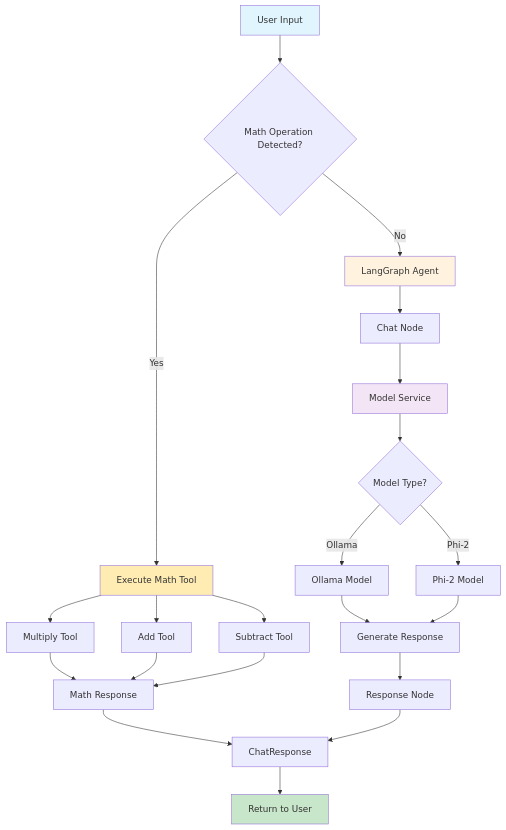
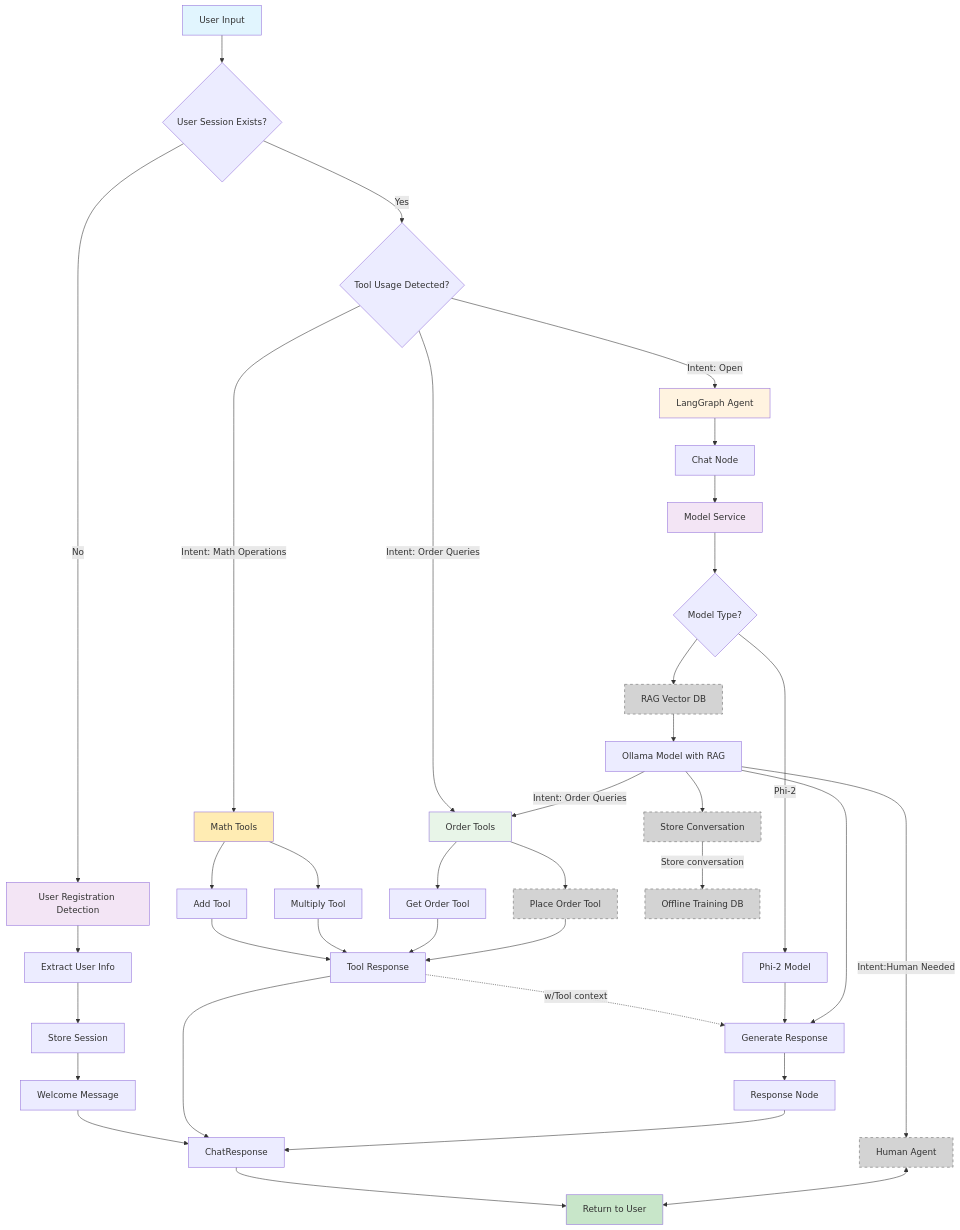
The first of 3 diagrams in common/workflow_complete_flow.md (ts-cds-group-5/IISc-CapstoneProject-Repo), drawn with Mermaid before and after one commit. The commit also changed other lines of this file and 2 other files, not shown here.

````diff
--- a/common/workflow_complete_flow.md
+++ b/common/workflow_complete_flow.md
@@ -5,33 +5,61 @@
 ```mermaid
 graph TD
-    A[User Input] --> B{Math Operation Detected?}
-    B -->|Yes| C[Execute Math Tool]
-    B -->|No| D[LangGraph Agent]
+    A[User Input] --> B{User Session Exists?}
+    B -->|No| C[User Registration Detection]
+    B -->|Yes| D{Tool Usage Detected?}
     
-    C --> C1[Multiply Tool]
-    C --> C2[Add Tool] 
-    C --> C3[Subtract Tool]
+    C --> C1[Extract User Info]
+    C1 --> C2[Store Session]
+    C2 --> C3[Welcome Message]
     
-    C1 --> E[Math Response]
-    C2 --> E
-    C3 --> E
+    D -->|Intent: Math Operations| E[Math Tools]
+    D -->|Intent: Order Queries| F[Order Tools]
+    D -->|Intent: Open| G[LangGraph Agent]
     
-    D --> D1[Chat Node]
-    D1 --> D2[Model Service]
-    D2 --> D3{Model Type?}
-    D3 -->|Ollama| D4[Ollama Model]
-    D3 -->|Phi-2| D5[Phi-2 Model]
-    D4 --> D6[Generate Response]
-    D5 --> D6
-    D6 --> D7[Response Node]
+    E --> E1[Add Tool]
+    E --> E2[Multiply Tool]
     
-    E --> F[ChatResponse]
-    D7 --> F
-    F --> G[Return to User]
+    F --> F1[Get Order Tool]
+    F --> F2[Place Order Tool]
+    
+    E1 --> H[Tool Response]
+    E2 --> H
+    F1 --> H
+    F2 --> H
+    H -.->|w/Tool context| G7[Generate Response]
+    
+    G --> G1[Chat Node]
+    G1 --> G2[Model Service]
+    G2 --> G3{Model Type?}  
+    G3 -->|Phi-2| G5[Phi-2 Model]
+    G3 --> G4[RAG Vector DB]
+    G4 --> G6[Ollama Model with RAG]
+    G5 --> G7[Generate Response]
+    G6 --> G7
+    G6 -->|Intent: Order Queries| F
+    
+    G6 --> J[Store Conversation]
+    J --> |Store conversation| K[Offline Training DB]
+    G7 --> G8[Response Node]
+    
+    C3 --> I[ChatResponse]
+    H --> I
+    G8 --> I
+    I --> L[Return to User]
+
+    G6 --> |Intent:Human Needed|M[Human Agent]
+    M <--> L
     
     style A fill:#e1f5fe
-    style G fill:#c8e6c9
-    style C fill:#ffecb3
-    style D fill:#fff3e0
-    style D2 fill:#f3e5f5
+    style L fill:#c8e6c9
+    style C fill:#f3e5f5
+    style E fill:#ffecb3
+    style F fill:#e8f5e8
+    style G fill:#fff3e0
+    style G2 fill:#f3e5f5
+    style J fill:#d3d3d3,stroke:#666,stroke-dasharray: 5 5
+    style K fill:#d3d3d3,stroke:#666,stroke-dasharray: 5 5
+    style M fill:#d3d3d3,stroke:#666,stroke-dasharray: 5 5
+    style G4 fill:#d3d3d3,stroke:#666,stroke-dasharray: 5 5
+    style F2 fill:#d3d3d3,stroke:#666,stroke-dasharray: 5 5        
 ```
````
